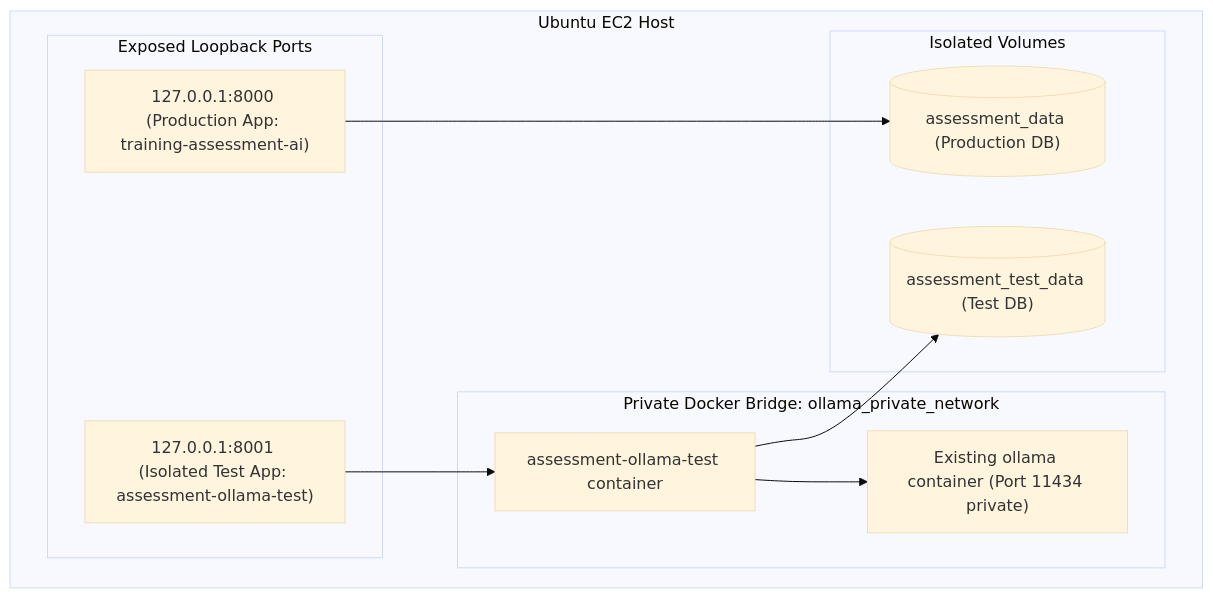
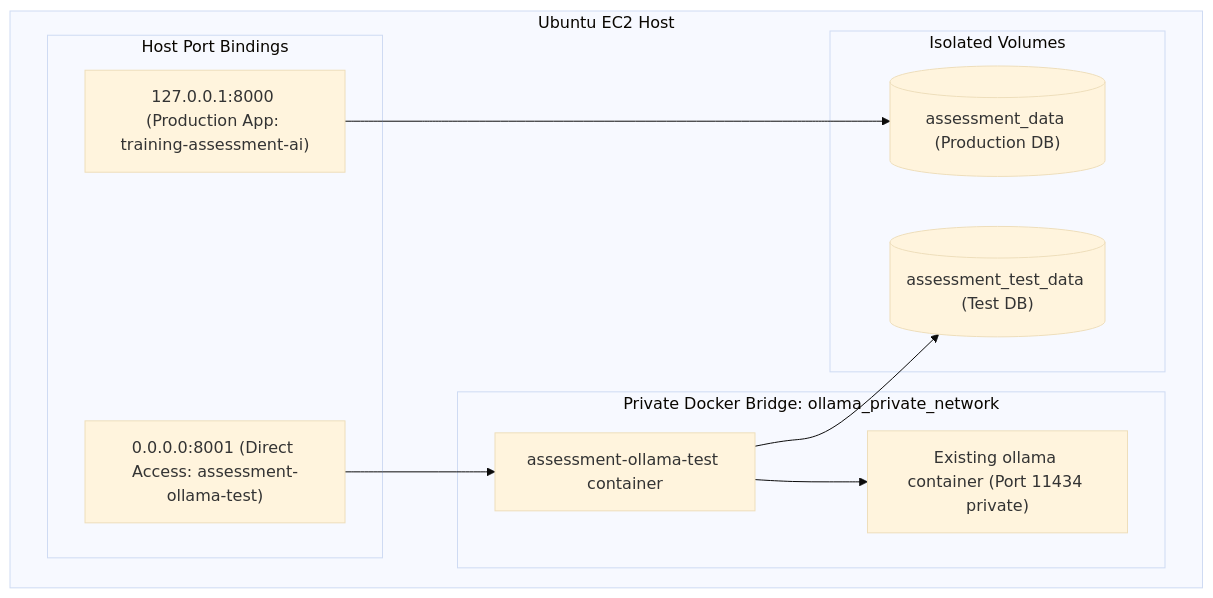
The diagram in README.md (Vimal1593/assesment-agent), drawn with Mermaid (base theme) before and after one commit. The commit also changed other lines of this file and 1 other file, not shown here.

Commit message:
update ollama

````diff
--- a/README.md
+++ b/README.md
@@ -237,21 +246,21 @@
 ```mermaid
 flowchart TD
     subgraph Host["Ubuntu EC2 Host"]
-        subgraph Ports["Exposed Loopback Ports"]
+        subgraph Ports["Host Port Bindings"]
             P8000["127.0.0.1:8000 (Production App: training-assessment-ai)"]
-            P8001["127.0.0.1:8001 (Isolated Test App: assessment-ollama-test)"]
+            P8001["0.0.0.0:8001 (Direct Access: assessment-ollama-test)"]
         end
         subgraph PrivateNet["Private Docker Bridge: ollama_private_network"]
             APP["assessment-ollama-test container"]
             OLLAMA["Existing ollama container (Port 11434 private)"]
         end
         subgraph Storage["Isolated Volumes"]
             V1[("assessment_data (Production DB)")]
             V2[("assessment_test_data (Test DB)")]
         end
     end
     P8001 --> APP
     APP --> OLLAMA
     APP --> V2
     P8000 --> V1
 ```
````
